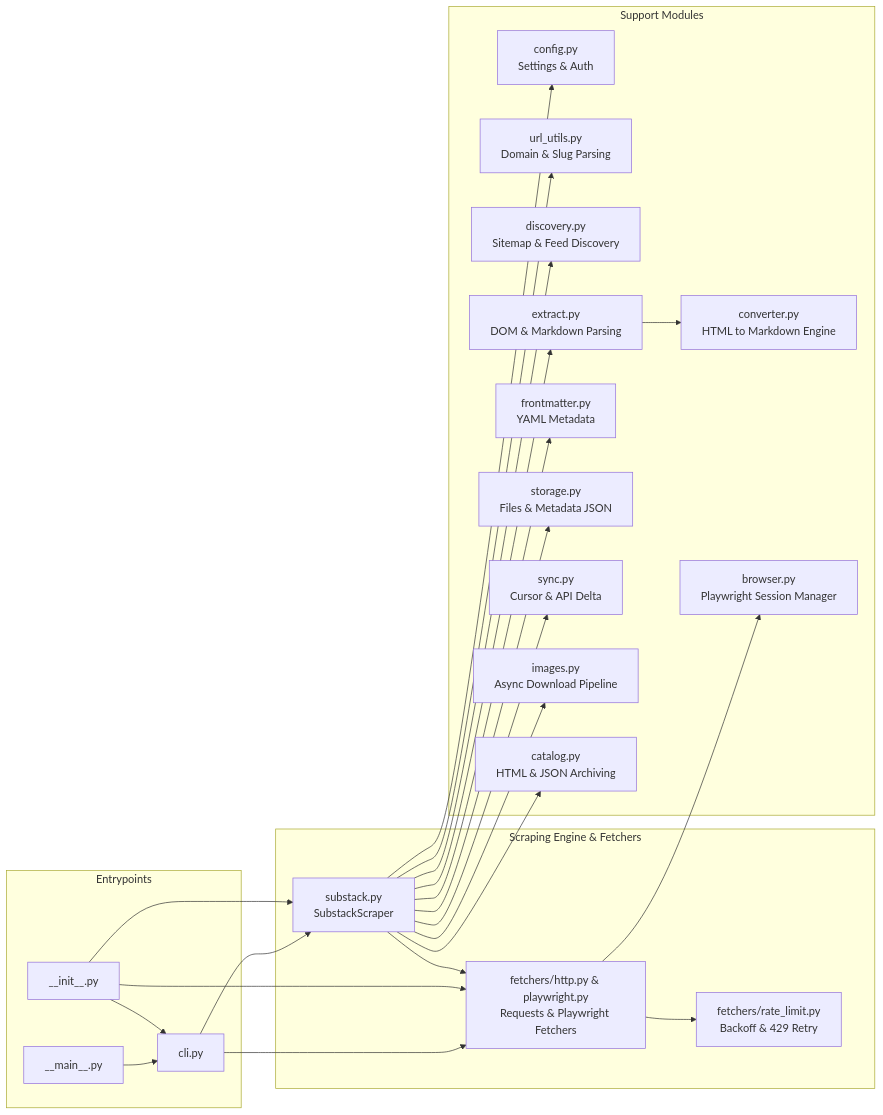
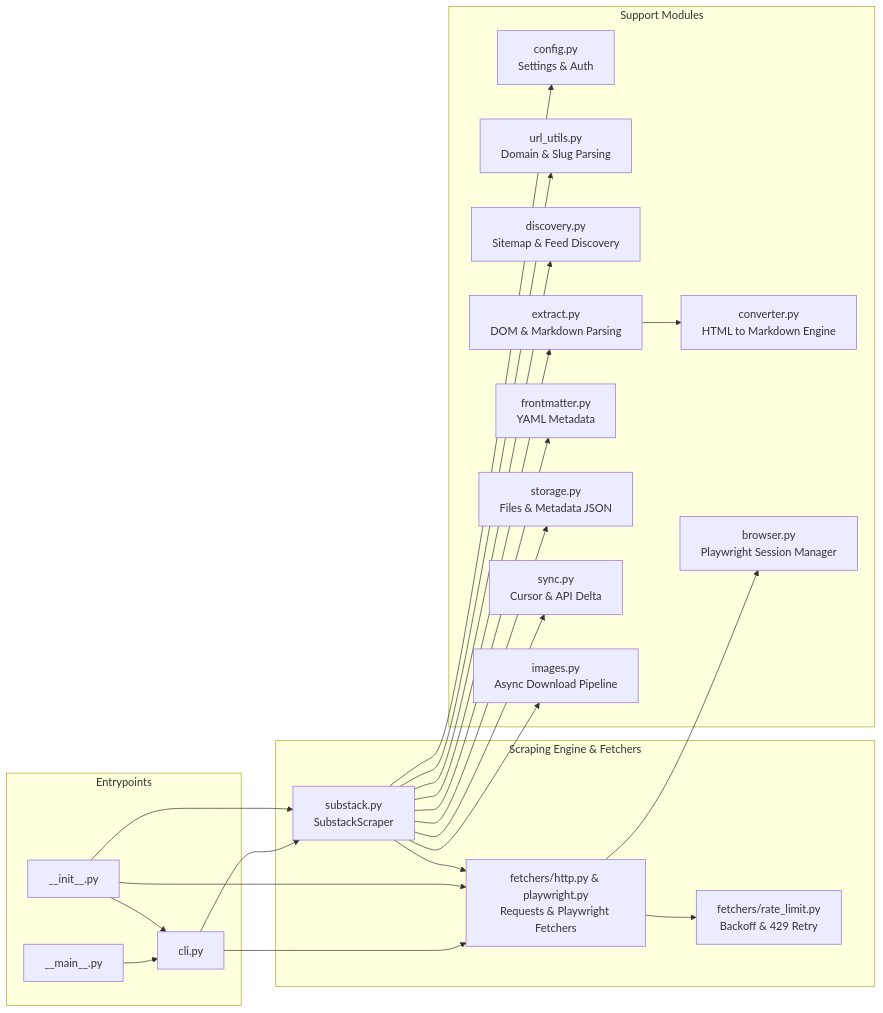
Before and after one commit to 0xfchen/SubstackAtelier: the second of 2 diagrams in AGENTS.md, drawn with Mermaid. The commit also changed other lines of this file and 7 other files, not shown here.

````diff
--- a/AGENTS.md
+++ b/AGENTS.md
@@ -61,39 +60,38 @@
 ```mermaid
 flowchart LR
     subgraph Entrypoints ["Entrypoints"]
         main["__main__.py"]
         cli["cli.py"]
         init["__init__.py"]
     end
 
     subgraph CoreEngine ["Scraping Engine & Fetchers"]
         scrp["substack.py<br/>SubstackScraper"]
         ftch["fetchers/http.py & playwright.py<br/>Requests & Playwright Fetchers"]
         rlmt["fetchers/rate_limit.py<br/>Backoff & 429 Retry"]
     end
 
     subgraph Services ["Support Modules"]
         cfg["config.py<br/>Settings & Auth"]
         url["url_utils.py<br/>Domain & Slug Parsing"]
         dsc["discovery.py<br/>Sitemap & Feed Discovery"]
         ext["extract.py<br/>DOM & Markdown Parsing"]
         fmt["frontmatter.py<br/>YAML Metadata"]
         strg["storage.py<br/>Files & Metadata JSON"]
         snc["sync.py<br/>Cursor & API Delta"]
         cnv["converter.py<br/>HTML to Markdown Engine"]
         img["images.py<br/>Async Download Pipeline"]
-        cat["catalog.py<br/>HTML & JSON Archiving"]
         brw["browser.py<br/>Playwright Session Manager"]
     end
 
     main --> cli
     cli --> scrp & ftch
     init --> cli & scrp & ftch
     
     scrp --> ftch
     ftch --> rlmt
     
-    scrp --> cfg & url & dsc & ext & fmt & strg & snc & img & cat
+    scrp --> cfg & url & dsc & ext & fmt & strg & snc & img
     ext --> cnv
     ftch --> brw
 ```
````
